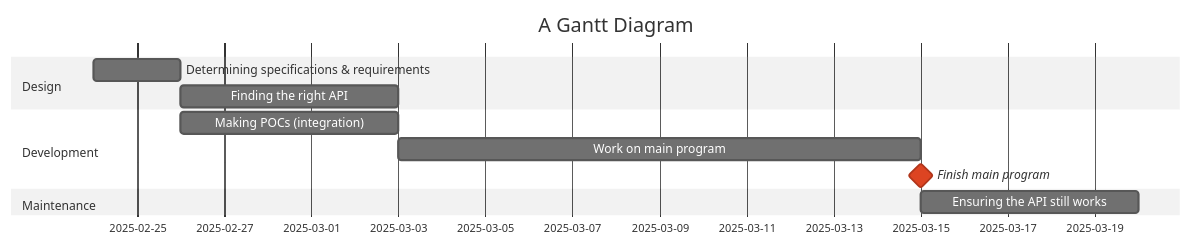
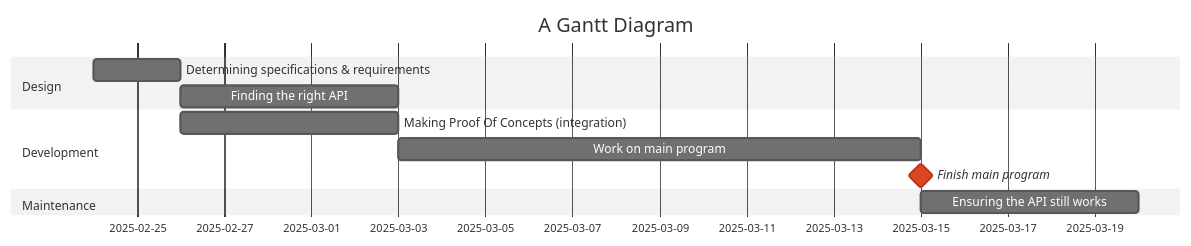
One commit to Tsunami014/3D-Map changed the diagram in theory/DEVELOPMENT.md. Above: the diagram before and after it, drawn with Mermaid (neutral theme). The commit also changed other lines of this file and 1 other file, not shown here.

Commit message:
Made the structure chart better!
Now the documentation is more complete; I have given up on the 3d buildings as they are too hard and will take too long.
Next I'll work more on the docs.

````diff
--- a/theory/DEVELOPMENT.md
+++ b/theory/DEVELOPMENT.md
@@ -22,14 +22,14 @@
 ```mermaid
 gantt
     title A Gantt Diagram
     dateFormat DD-MM-YY
     section Design
         Determining specifications & requirements   :24-02-25, 26-02-25
         Finding the right API        :26-02-25, 03-03-25
     section Development
-        Making POCs (integration)    :26-02-25, 03-03-25
+        Making Proof Of Concepts (integration)    :26-02-25, 03-03-25
         Work on main program         :03-03-25, 15-03-25
         Finish main program          :milestone, crit, dne, 15-03-25, 0d
     section Maintenance
         Ensuring the API still works :after dne, 5d
 ```
````
